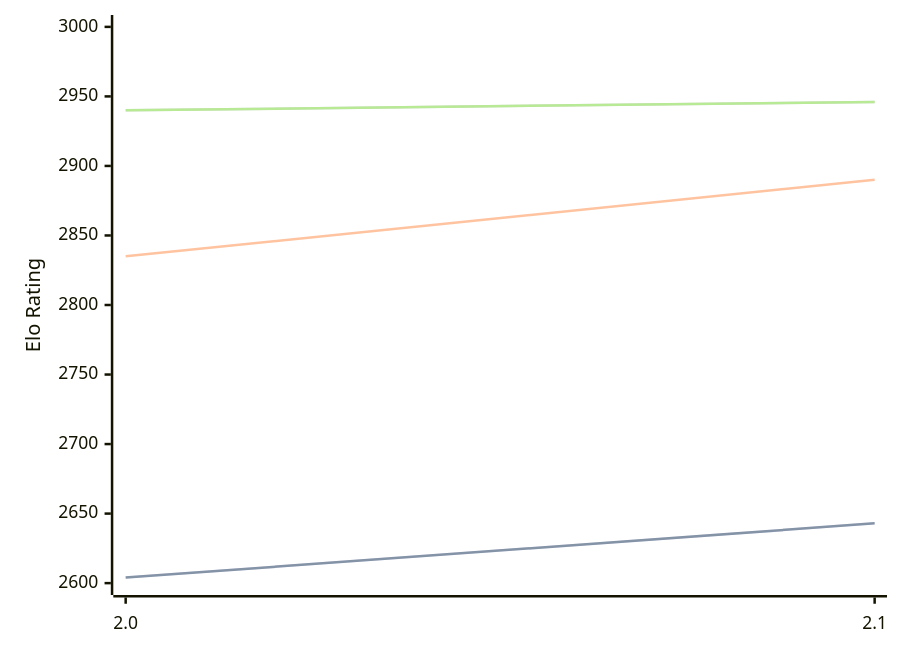
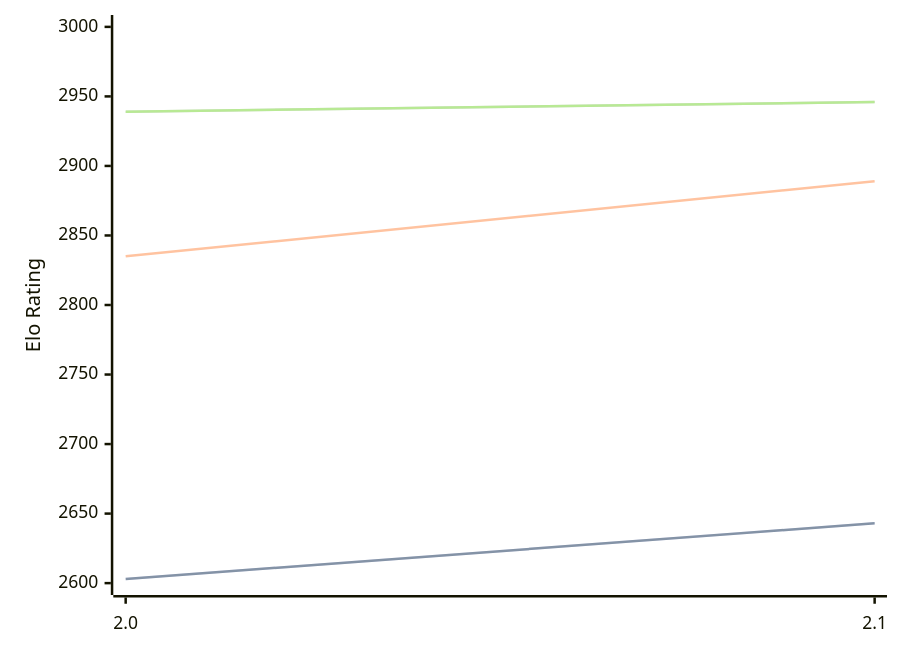
One commit to computer-chess-index/cci changed the diagram in engines/Noggin.md. Above: the diagram before and after it, drawn with Mermaid. The commit also changed other lines of this file, not shown here.

Commit message:
Update CCI Ratings (ELO VLTC) - 2026-10-01

````diff
--- a/engines/Noggin.md
+++ b/engines/Noggin.md
@@ -33,11 +33,11 @@
 ```mermaid
 %%{init: {"theme":"base","themeVariables":{"seriesColors:['#a3a3a3','#222221','#faa371']}}}%%
 xychart-beta
   x-axis ["2.0", "2.1"]
   y-axis "Elo Rating" 2600 --> 3000
-  line "" [2604, 2643]
-  line "STC (8.0+0.08s)" [2604, 2643]
-  line "LTC (60.0+0.60s)" [2835, 2890]
-  line "" [2940, 2946]
-  line "VLTC (2m24s+1.12s)" [2940, 2946]
+  line "" [2603, 2643]
+  line "STC (8.0+0.08s)" [2603, 2643]
+  line "LTC (60.0+0.60s)" [2835, 2889]
+  line "" [2939, 2946]
+  line "VLTC (2m24s+1.12s)" [2939, 2946]
 ```
````
